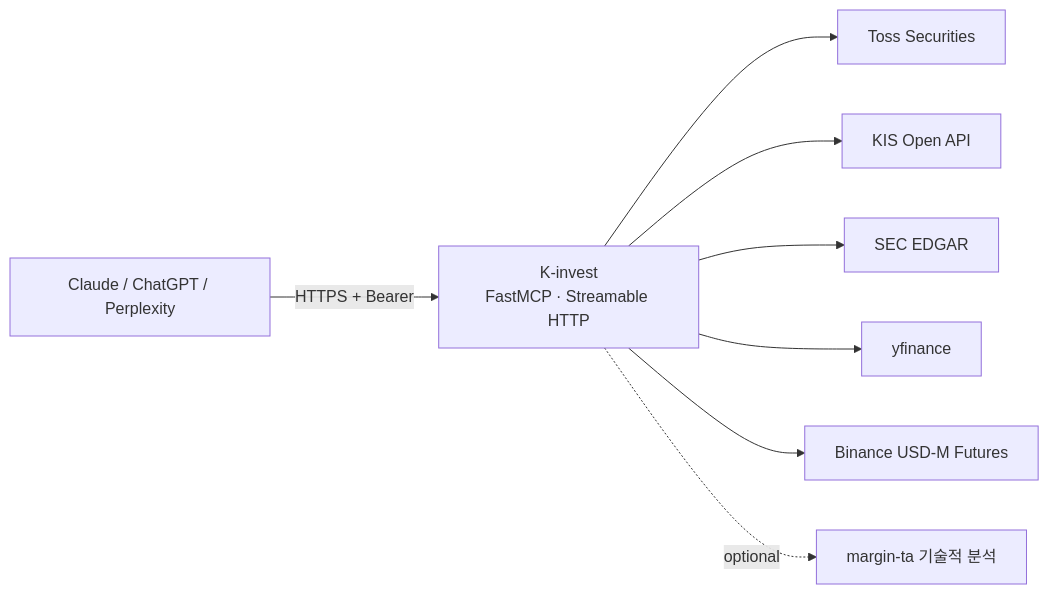
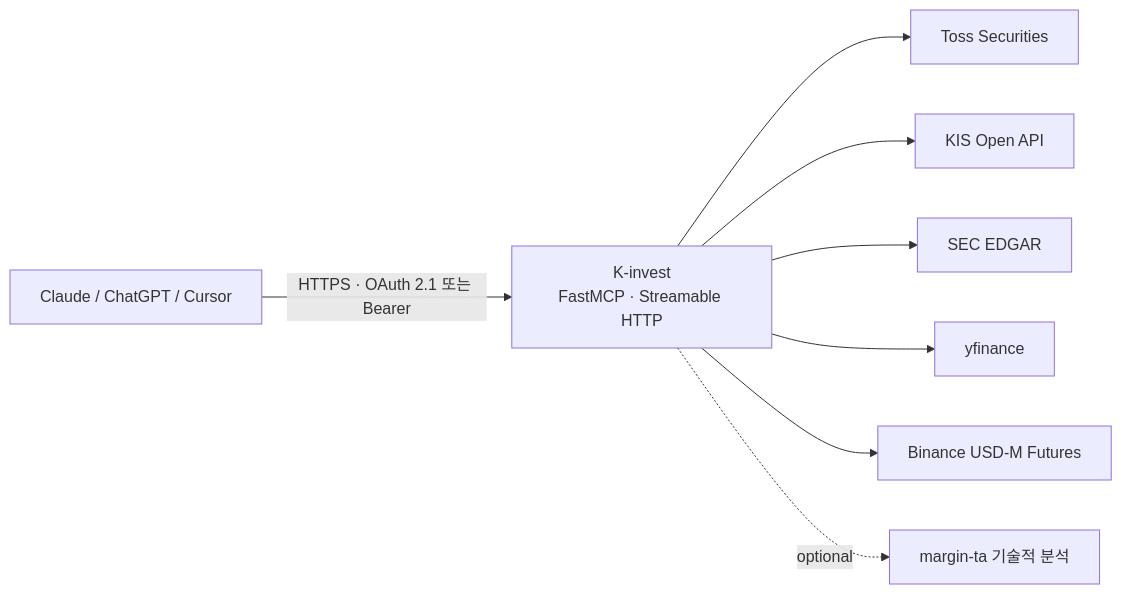
Before and after one commit to ianlyoo/K-invest: the diagram in README.md, drawn with Mermaid. The commit also changed other lines of this file and 1 other file, not shown here.

First line of the commit message:
docs: document OAuth 2.1 connector setup in both READMEs

````diff
--- a/README.md
+++ b/README.md
@@ -16,10 +16,10 @@
 ```mermaid
 flowchart LR
-    A[Claude / ChatGPT / Perplexity] -- "HTTPS + Bearer" --> B[K-invest<br/>FastMCP · Streamable HTTP]
+    A[Claude / ChatGPT / Cursor] -- "HTTPS · OAuth 2.1 또는 Bearer" --> B[K-invest<br/>FastMCP · Streamable HTTP]
     B --> C[Toss Securities]
     B --> D[KIS Open API]
     B --> E[SEC EDGAR]
     B --> F[yfinance]
     B --> G[Binance USD-M Futures]
     B -.optional.-> H[margin-ta 기술적 분석]
 ```
````
